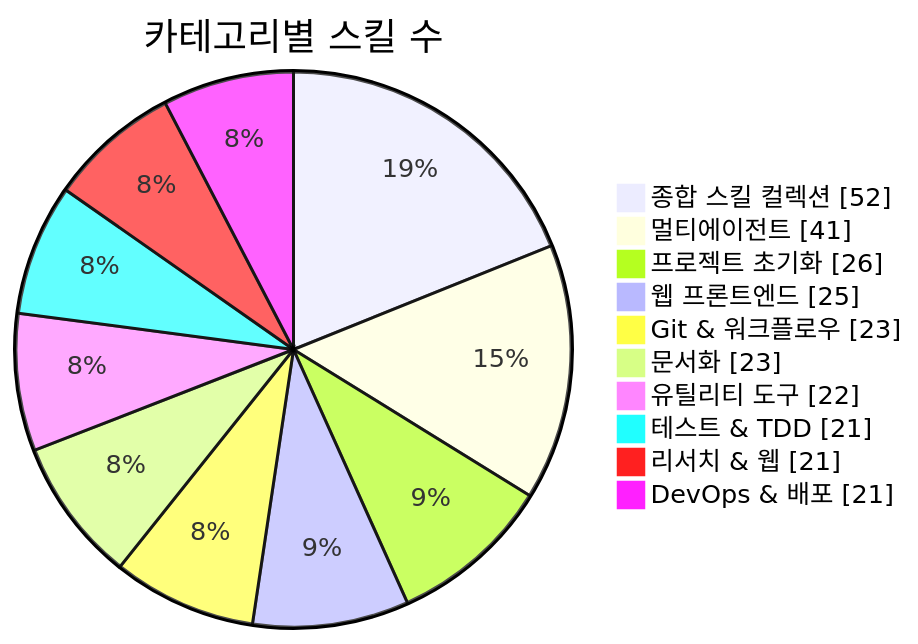
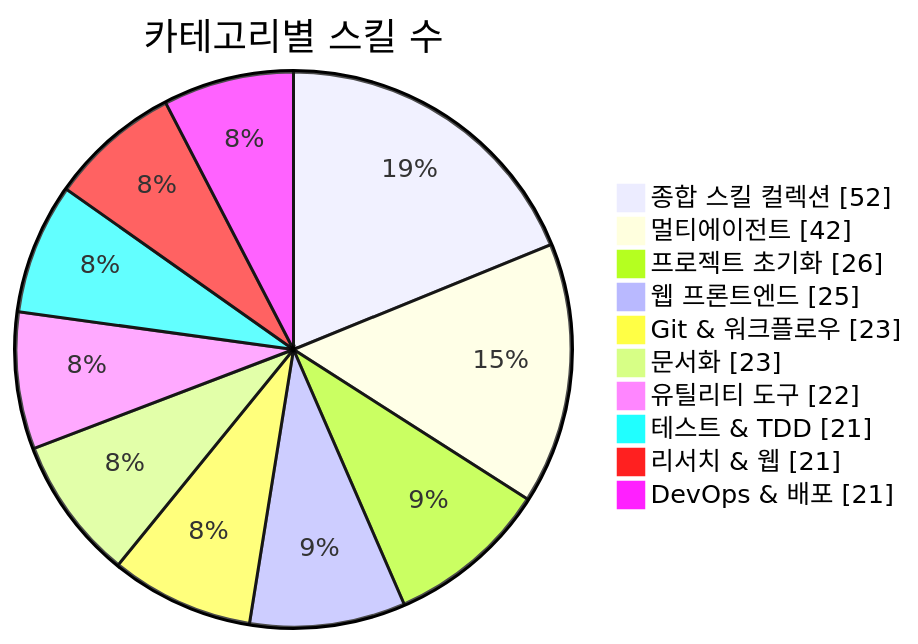
The first of 3 diagrams in README.md (J-nowcow/awesome-korean-agent-skills), drawn with Mermaid before and after one commit. The commit also changed other lines of this file and 4 other files, not shown here.

````diff
--- a/README.md
+++ b/README.md
@@ -176,14 +176,14 @@
 ```mermaid
 pie showData
     title 카테고리별 스킬 수
     "종합 스킬 컬렉션" : 52
-    "멀티에이전트" : 41
+    "멀티에이전트" : 42
     "프로젝트 초기화" : 26
     "웹 프론트엔드" : 25
     "Git & 워크플로우" : 23
     "문서화" : 23
     "유틸리티 도구" : 22
     "테스트 & TDD" : 21
     "리서치 & 웹" : 21
     "DevOps & 배포" : 21
 ```
````
